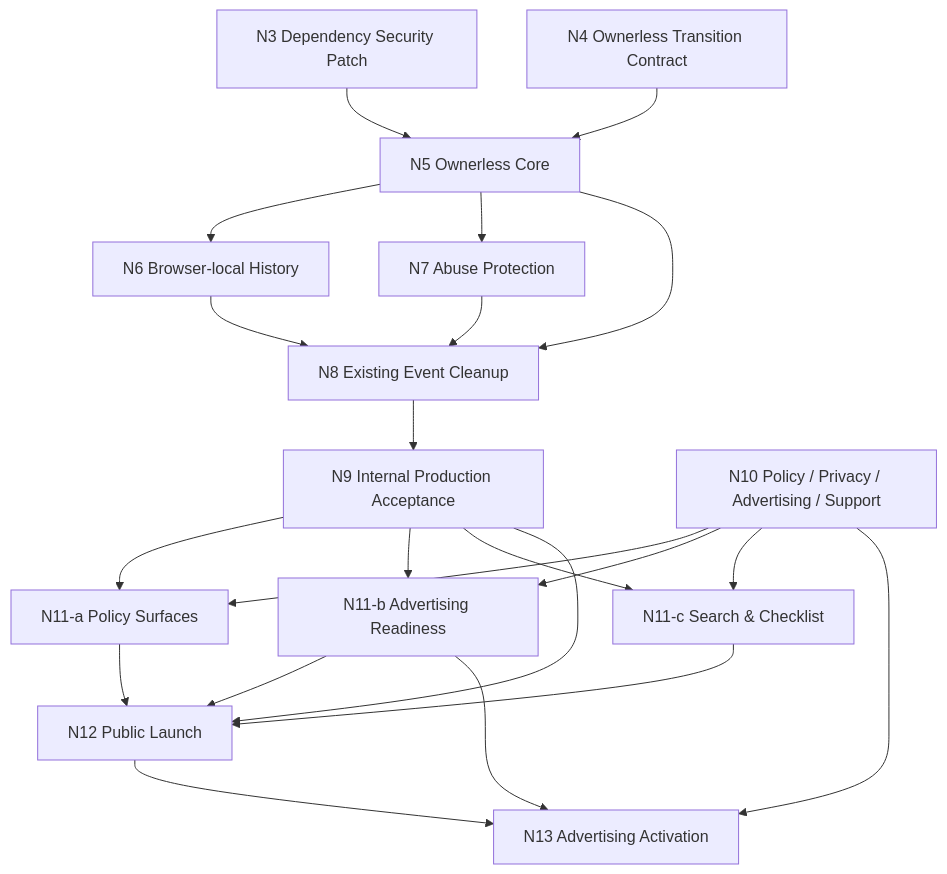
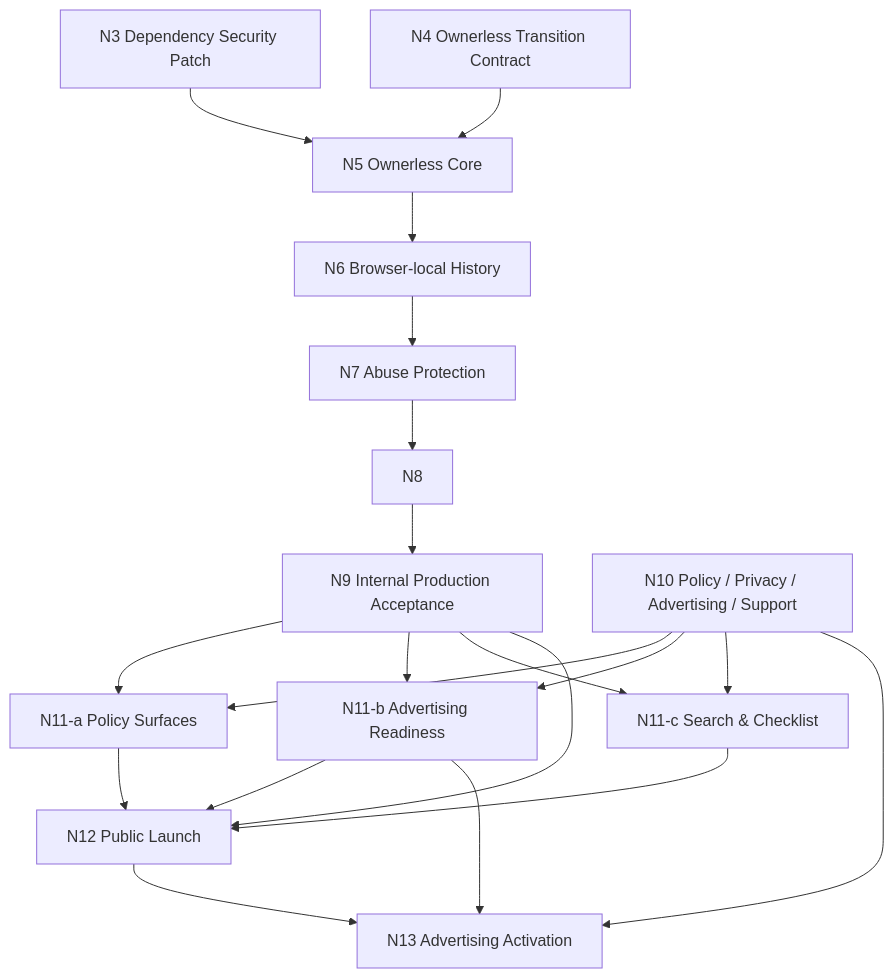
Before and after one commit to kcyth39/Where-to-Visit: the diagram in docs/reports/development-and-business-activity-plan-2026-07-17.md, drawn with Mermaid. The commit also changed other lines of this file and 13 other files, not shown here.

Commit message:
feat: add N7 event creation abuse protection

````diff
--- a/docs/reports/development-and-business-activity-plan-2026-07-17.md
+++ b/docs/reports/development-and-business-activity-plan-2026-07-17.md
@@ -243,24 +249,22 @@
 ```mermaid
 flowchart TD
   N3["N3 Dependency Security Patch"] --> N5["N5 Ownerless Core"]
   N4["N4 Ownerless Transition Contract"] --> N5
   N5 --> N6["N6 Browser-local History"]
-  N5 --> N7["N7 Abuse Protection"]
-  N5 --> N8["N8 Existing Event Cleanup"]
-  N6 --> N8
+  N6 --> N7["N7 Abuse Protection"]
   N7 --> N8
   N8 --> N9["N9 Internal Production Acceptance"]
   N10["N10 Policy / Privacy / Advertising / Support"] --> N11a["N11-a Policy Surfaces"]
   N10 --> N11b["N11-b Advertising Readiness"]
   N10 --> N11c["N11-c Search & Checklist"]
   N9 --> N11a
   N9 --> N11b
   N9 --> N11c
   N11a --> N12["N12 Public Launch"]
   N11b --> N12
   N11c --> N12
   N9 --> N12
   N12 --> N13["N13 Advertising Activation"]
   N10 --> N13
   N11b --> N13
 ```
````
